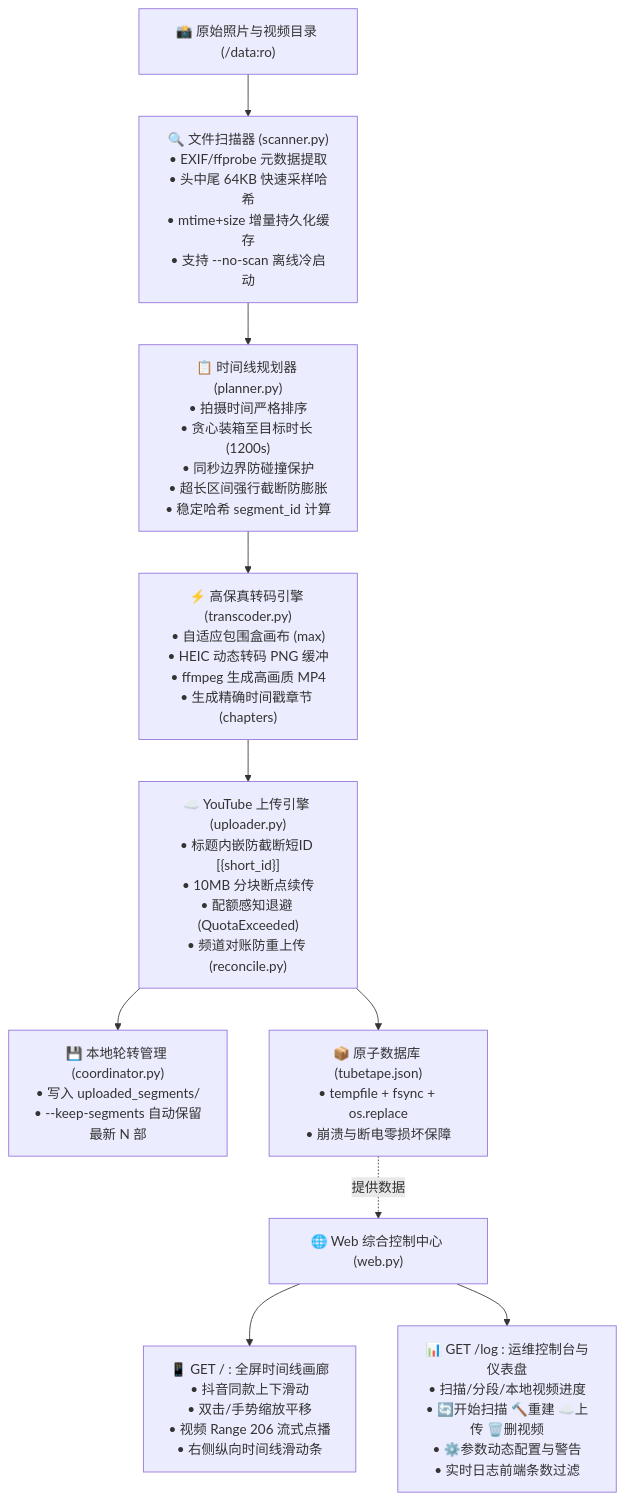
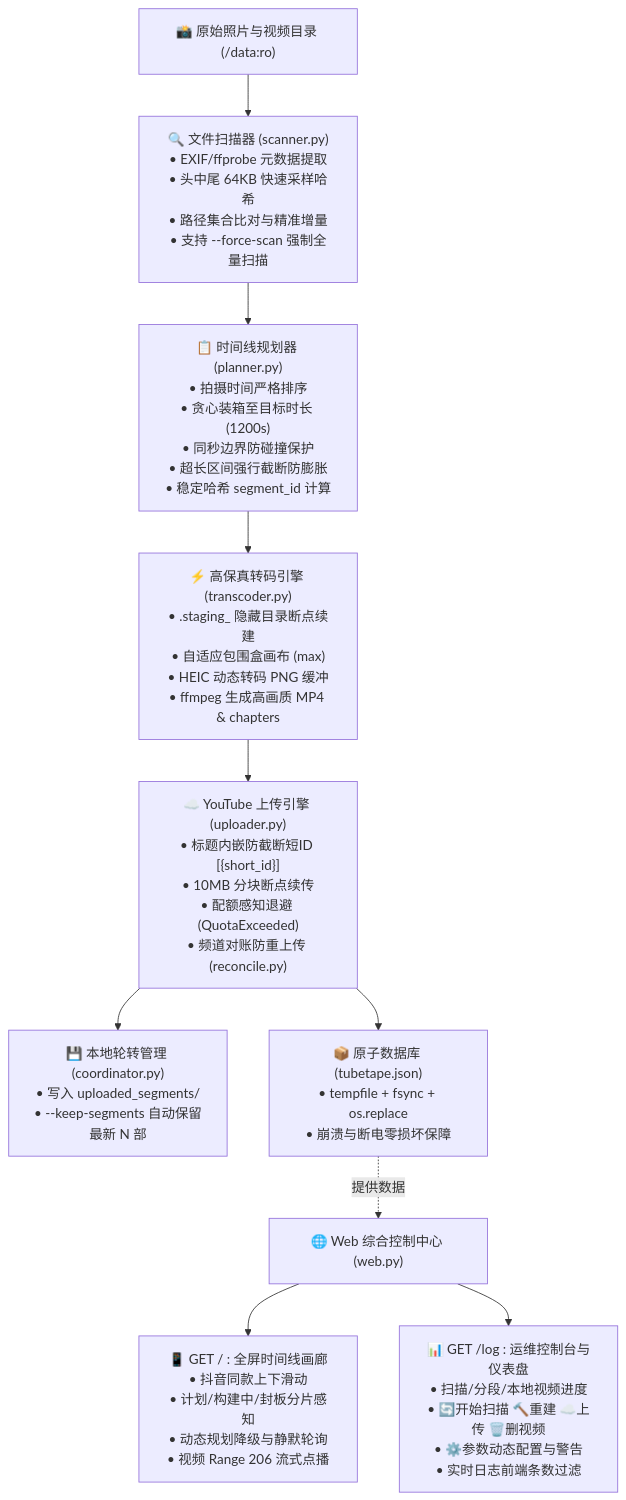
The diagram in README.md (ouut/TubeTape), drawn with Mermaid before and after one commit. The commit also changed other lines of this file and 7 other files, not shown here.

````diff
--- a/README.md
+++ b/README.md
@@ -116,14 +120,14 @@
 ```mermaid
 flowchart TD
-    A["📸 原始照片与视频目录 (/data:ro)"] --> B["🔍 文件扫描器 (scanner.py)<br/>• EXIF/ffprobe 元数据提取<br/>• 头中尾 64KB 快速采样哈希<br/>• mtime+size 增量持久化缓存<br/>• 支持 --no-scan 离线冷启动"]
+    A["📸 原始照片与视频目录 (/data:ro)"] --> B["🔍 文件扫描器 (scanner.py)<br/>• EXIF/ffprobe 元数据提取<br/>• 头中尾 64KB 快速采样哈希<br/>• 路径集合比对与精准增量<br/>• 支持 --force-scan 强制全量扫描"]
     B --> C["📋 时间线规划器 (planner.py)<br/>• 拍摄时间严格排序<br/>• 贪心装箱至目标时长 (1200s)<br/>• 同秒边界防碰撞保护<br/>• 超长区间强行截断防膨胀<br/>• 稳定哈希 segment_id 计算"]
-    C --> D["⚡ 高保真转码引擎 (transcoder.py)<br/>• 自适应包围盒画布 (max)<br/>• HEIC 动态转码 PNG 缓冲<br/>• ffmpeg 生成高画质 MP4<br/>• 生成精确时间戳章节 (chapters)"]
+    C --> D["⚡ 高保真转码引擎 (transcoder.py)<br/>• .staging_ 隐藏目录断点续建<br/>• 自适应包围盒画布 (max)<br/>• HEIC 动态转码 PNG 缓冲<br/>• ffmpeg 生成高画质 MP4 & chapters"]
     D --> E["☁️ YouTube 上传引擎 (uploader.py)<br/>• 标题内嵌防截断短ID [{short_id}]<br/>• 10MB 分块断点续传<br/>• 配额感知退避 (QuotaExceeded)<br/>• 频道对账防重上传 (reconcile.py)"]
     E --> F["💾 本地轮转管理 (coordinator.py)<br/>• 写入 uploaded_segments/<br/>• --keep-segments 自动保留最新 N 部"]
     E --> G["📦 原子数据库 (tubetape.json)<br/>• tempfile + fsync + os.replace<br/>• 崩溃与断电零损坏保障"]
     
     H["🌐 Web 综合控制中心 (web.py)"]
     G -. 提供数据 .-> H
-    H --> I["📱 GET / : 全屏时间线画廊<br/>• 抖音同款上下滑动<br/>• 双击/手势缩放平移<br/>• 视频 Range 206 流式点播<br/>• 右侧纵向时间线滑动条"]
+    H --> I["📱 GET / : 全屏时间线画廊<br/>• 抖音同款上下滑动<br/>• 计划/构建中/封板分片感知<br/>• 动态规划降级与静默轮询<br/>• 视频 Range 206 流式点播"]
     H --> J["📊 GET /log : 运维控制台与仪表盘<br/>• 扫描/分段/本地视频进度<br/>• 🔄开始扫描 🔨重建 ☁️上传 🗑️删视频<br/>• ⚙️参数动态配置与警告<br/>• 实时日志前端条数过滤"]
 ```
````
